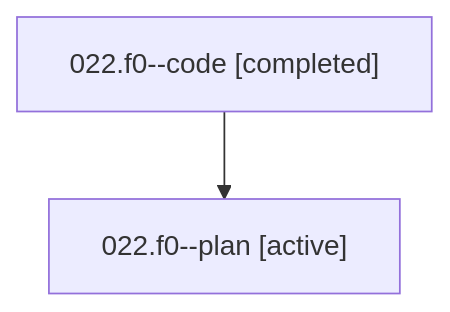
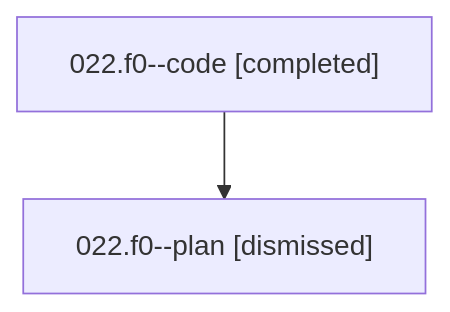
One commit to bobs-org/bob-cli--agents changed the diagram in sessions/bbugyi200.athena.022.f0.md. Above: the diagram before and after it, drawn with Mermaid. The commit also changed other lines of this file and 46 other files, not shown here.

````diff
--- a/sessions/bbugyi200.athena.022.f0.md
+++ b/sessions/bbugyi200.athena.022.f0.md
@@ -9,6 +9,6 @@
 ```mermaid
 flowchart TD
   n0["022.f0--code [completed]"]
-  n1["022.f0--plan [active]"]
+  n1["022.f0--plan [dismissed]"]
   n0 --> n1
 ```
````
